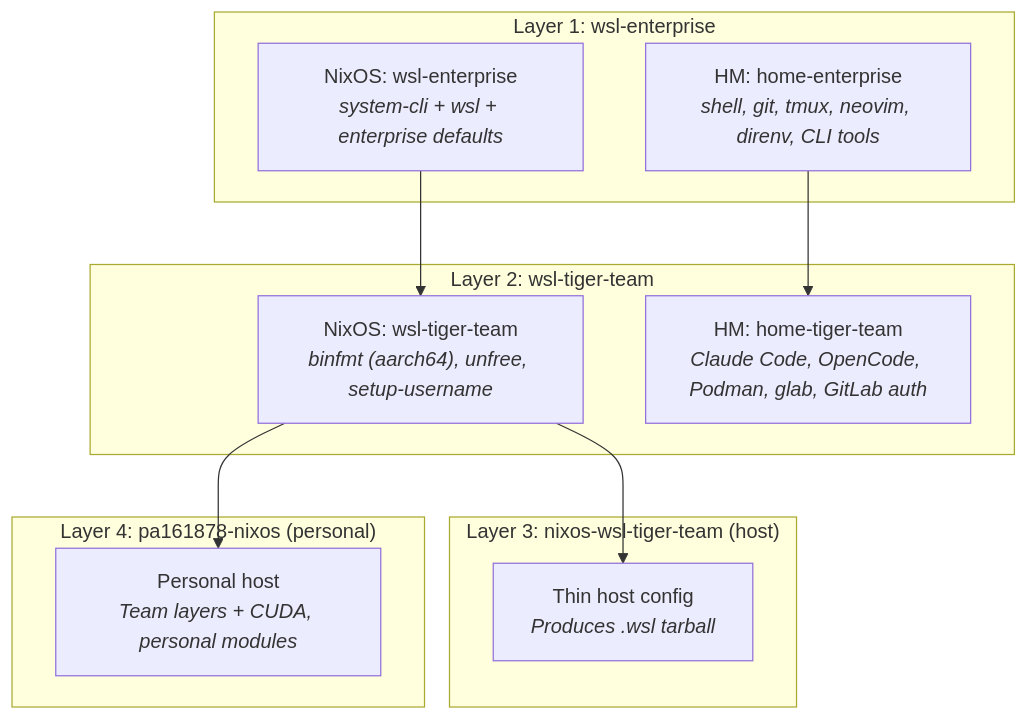
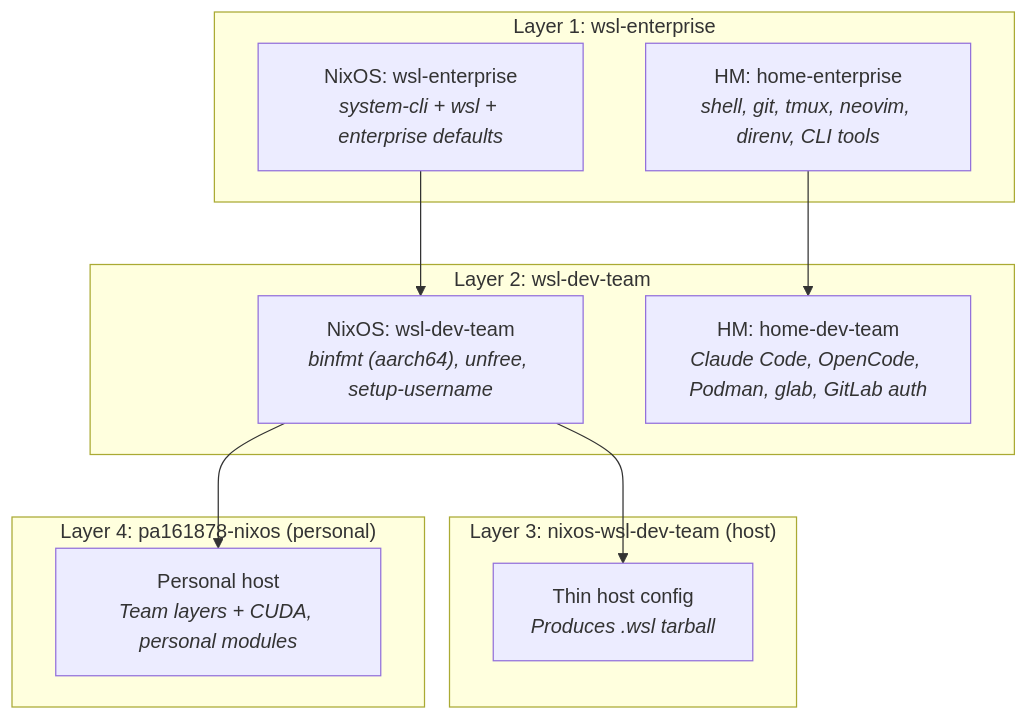
The diagram in docs/WSL-CONFIGURATION-GUIDE.md (timblaktu/nixcfg), drawn with Mermaid before and after one commit. The commit also changed other lines of this file and 209 other files, not shown here.

````diff
--- a/docs/WSL-CONFIGURATION-GUIDE.md
+++ b/docs/WSL-CONFIGURATION-GUIDE.md
@@ -16,25 +16,25 @@
 ```mermaid
 graph TD
     subgraph "Layer 1: wsl-enterprise"
         E_NixOS["NixOS: wsl-enterprise<br/><i>system-cli + wsl + enterprise defaults</i>"]
         E_HM["HM: home-enterprise<br/><i>shell, git, tmux, neovim, direnv, CLI tools</i>"]
     end
 
-    subgraph "Layer 2: wsl-tiger-team"
-        T_NixOS["NixOS: wsl-tiger-team<br/><i>binfmt (aarch64), unfree, setup-username</i>"]
-        T_HM["HM: home-tiger-team<br/><i>Claude Code, OpenCode, Podman, glab, GitLab auth</i>"]
+    subgraph "Layer 2: wsl-dev-team"
+        T_NixOS["NixOS: wsl-dev-team<br/><i>binfmt (aarch64), unfree, setup-username</i>"]
+        T_HM["HM: home-dev-team<br/><i>Claude Code, OpenCode, Podman, glab, GitLab auth</i>"]
     end
 
-    subgraph "Layer 3: nixos-wsl-tiger-team (host)"
+    subgraph "Layer 3: nixos-wsl-dev-team (host)"
         Host["Thin host config<br/><i>Produces .wsl tarball</i>"]
     end
 
     subgraph "Layer 4: pa161878-nixos (personal)"
         Personal["Personal host<br/><i>Team layers + CUDA, personal modules</i>"]
     end
 
     E_NixOS --> T_NixOS
     E_HM --> T_HM
     T_NixOS --> Host
     T_NixOS --> Personal
 ```
````
